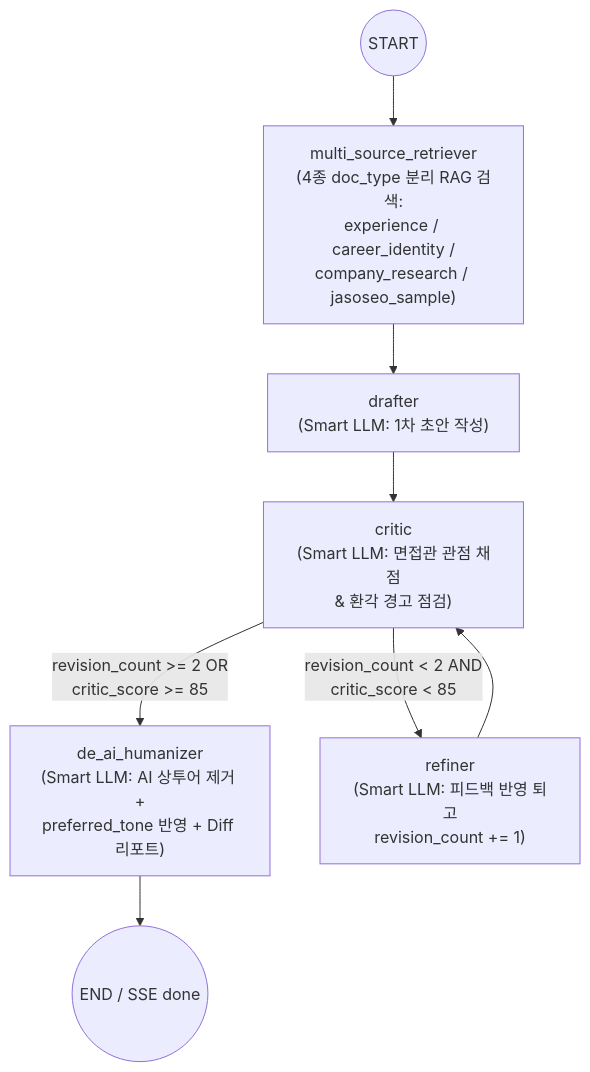
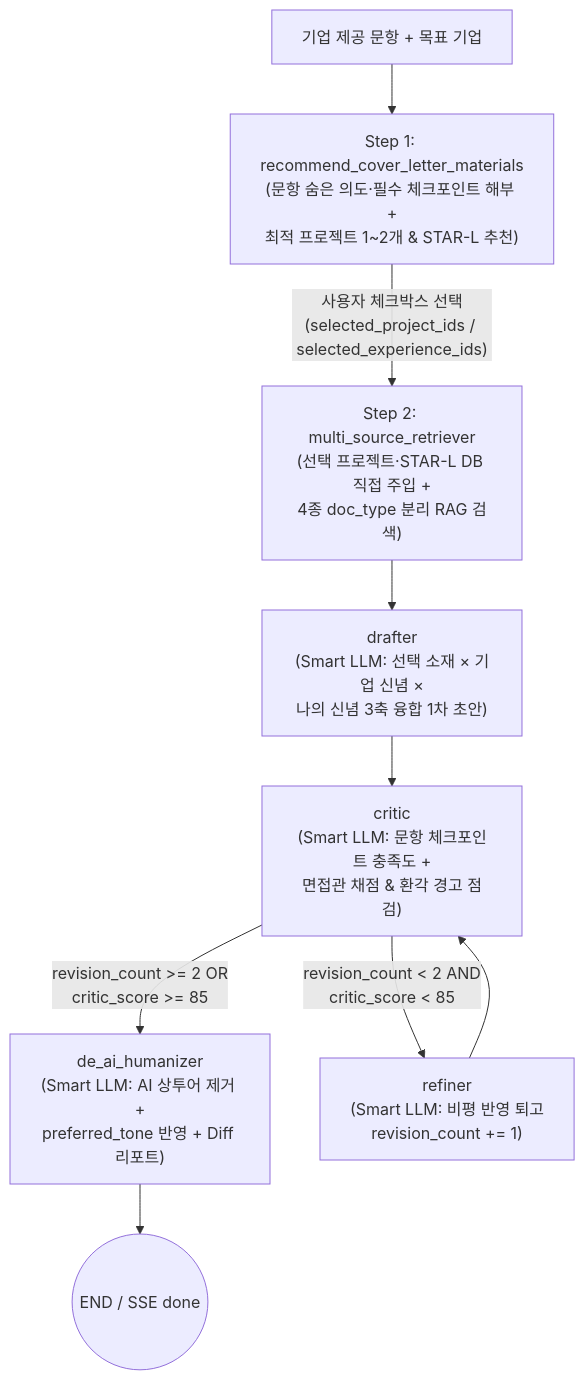
One commit to KASOP0306/write-on-vibe-lab changed the fourth of 6 diagrams in WORKFLOWS.md. Above: the diagram before and after it, drawn with Mermaid. The commit also changed other lines of this file and 3 other files, not shown here.

Commit message:
docs: update README, ARCHITECTURE, WORKFLOWS, and DEPLOY_EC2 to latest 7-page architecture

````diff
--- a/WORKFLOWS.md
+++ b/WORKFLOWS.md
@@ -103,10 +134,11 @@
 ```mermaid
 flowchart TD
-    S((START)) --> RET["multi_source_retriever\n(4종 doc_type 분리 RAG 검색:\nexperience / career_identity /\ncompany_research / jasoseo_sample)"]
-    RET --> DRAFT["drafter\n(Smart LLM: 1차 초안 작성)"]
-    DRAFT --> CRITIC["critic\n(Smart LLM: 면접관 관점 채점\n& 환각 경고 점검)"]
+    Q_IN["기업 제공 문항 + 목표 기업"] --> REC["Step 1: recommend_cover_letter_materials\n(문항 숨은 의도·필수 체크포인트 해부 +\n최적 프로젝트 1~2개 & STAR-L 추천)"]
+    REC -->|"사용자 체크박스 선택\n(selected_project_ids / selected_experience_ids)"| RET["Step 2: multi_source_retriever\n(선택 프로젝트·STAR-L DB 직접 주입 +\n4종 doc_type 분리 RAG 검색)"]
+    RET --> DRAFT["drafter\n(Smart LLM: 선택 소재 × 기업 신념 ×\n나의 신념 3축 융합 1차 초안)"]
+    DRAFT --> CRITIC["critic\n(Smart LLM: 문항 체크포인트 충족도 +\n면접관 채점 & 환각 경고 점검)"]
     CRITIC -->|"revision_count >= 2 OR\ncritic_score >= 85"| HUMAN["de_ai_humanizer\n(Smart LLM: AI 상투어 제거 +\npreferred_tone 반영 + Diff 리포트)"]
-    CRITIC -->|"revision_count < 2 AND\ncritic_score < 85"| REFINE["refiner\n(Smart LLM: 피드백 반영 퇴고\nrevision_count += 1)"]
+    CRITIC -->|"revision_count < 2 AND\ncritic_score < 85"| REFINE["refiner\n(Smart LLM: 비평 반영 퇴고\nrevision_count += 1)"]
     REFINE --> CRITIC
     HUMAN --> E((END / SSE done))
 ```
````
